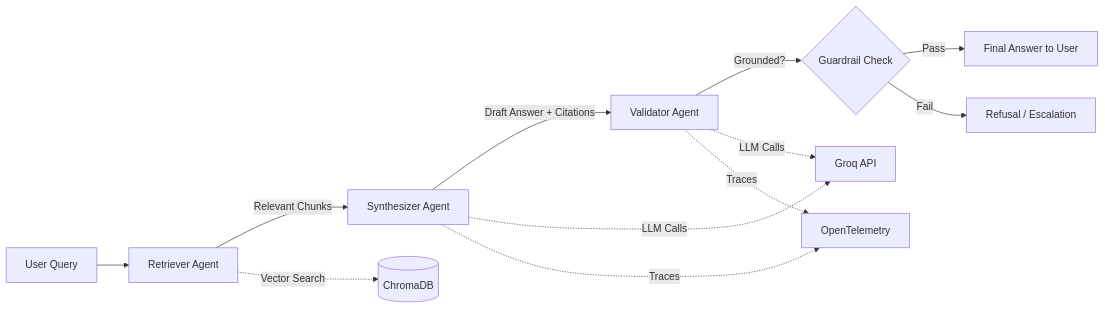
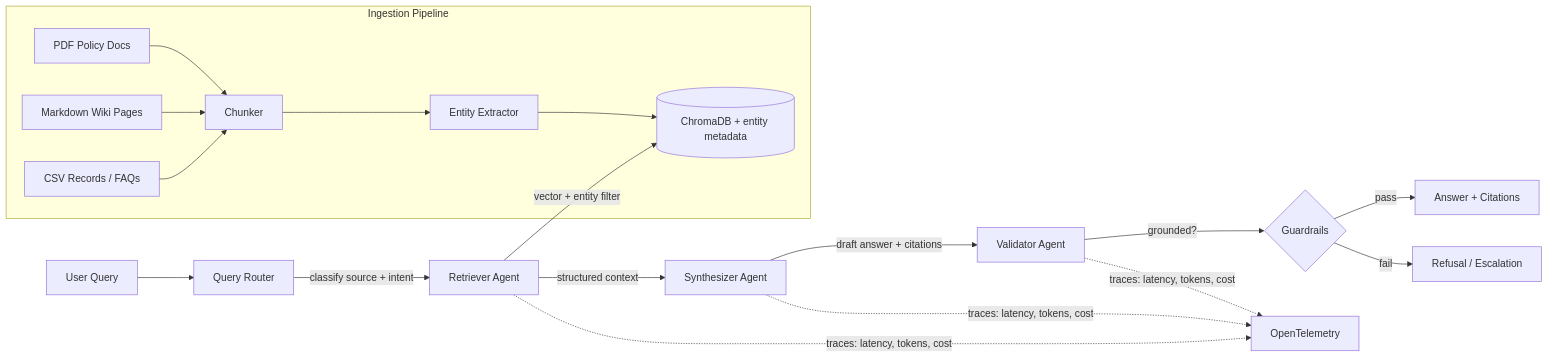
Before and after one commit to Apoo3va/doctrust: the diagram in README.md, drawn with Mermaid. The commit also changed other lines of this file, not shown here.

````diff
--- a/README.md
+++ b/README.md
@@ -27,12 +28,21 @@
 ```mermaid
 flowchart LR
-    U[User Query] --> R[Retriever Agent]
-    R -->|Relevant Chunks| S[Synthesizer Agent]
-    S -->|Draft Answer + Citations| V[Validator Agent]
-    V -->|Grounded?| G{Guardrail Check}
-    G -->|Pass| O[Final Answer to User]
-    G -->|Fail| X[Refusal / Escalation]
-    R -.->|Vector Search| DB[(ChromaDB)]
-    S & V -.->|LLM Calls| LLM[Groq API]
-    S & V -.->|Traces| OT[OpenTelemetry]
+    U[User Query] --> QR[Query Router]
+    QR -->|classify source + intent| RET[Retriever Agent]
+    RET -->|vector + entity filter| DB[(ChromaDB + entity metadata)]
+    RET -->|structured context| SYN[Synthesizer Agent]
+    SYN -->|draft answer + citations| VAL[Validator Agent]
+    VAL -->|grounded?| G{Guardrails}
+    G -->|pass| OUT[Answer + Citations]
+    G -->|fail| REF[Refusal / Escalation]
+
+    subgraph Ingestion Pipeline
+        PDF[PDF Policy Docs] --> CH[Chunker]
+        MD[Markdown Wiki Pages] --> CH
+        CSV[CSV Records / FAQs] --> CH
+        CH --> EE[Entity Extractor]
+        EE --> DB
+    end
+
+    RET & SYN & VAL -.->|traces: latency, tokens, cost| OT[OpenTelemetry]
 ```
````
